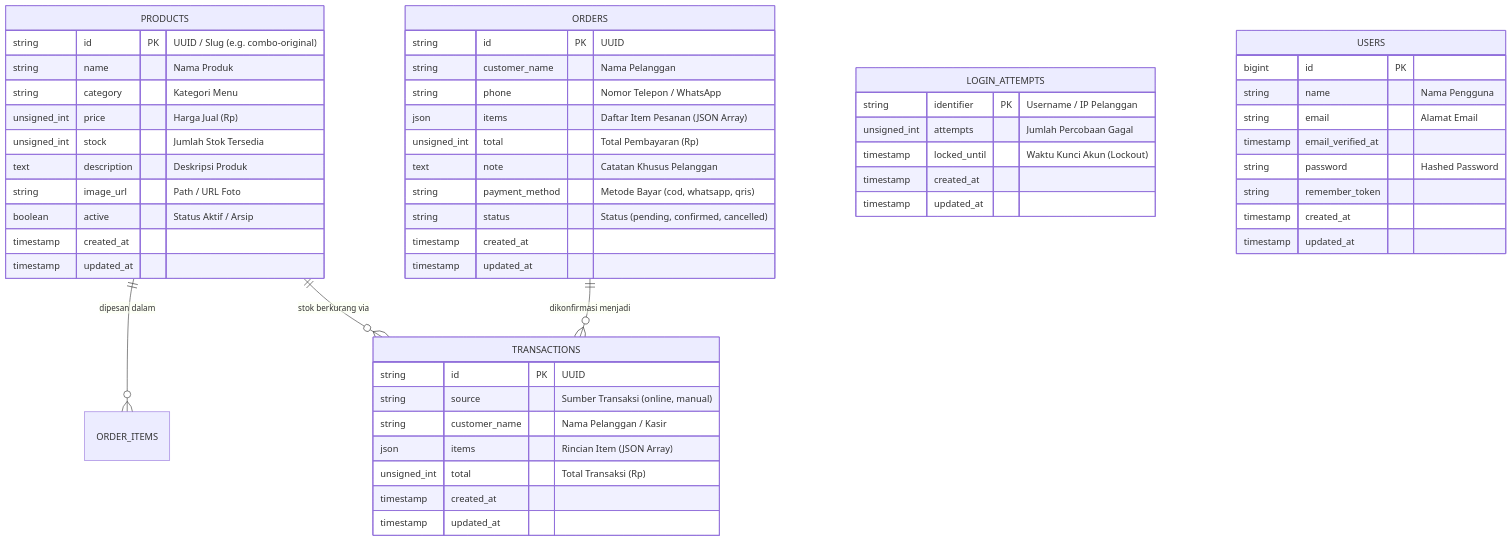
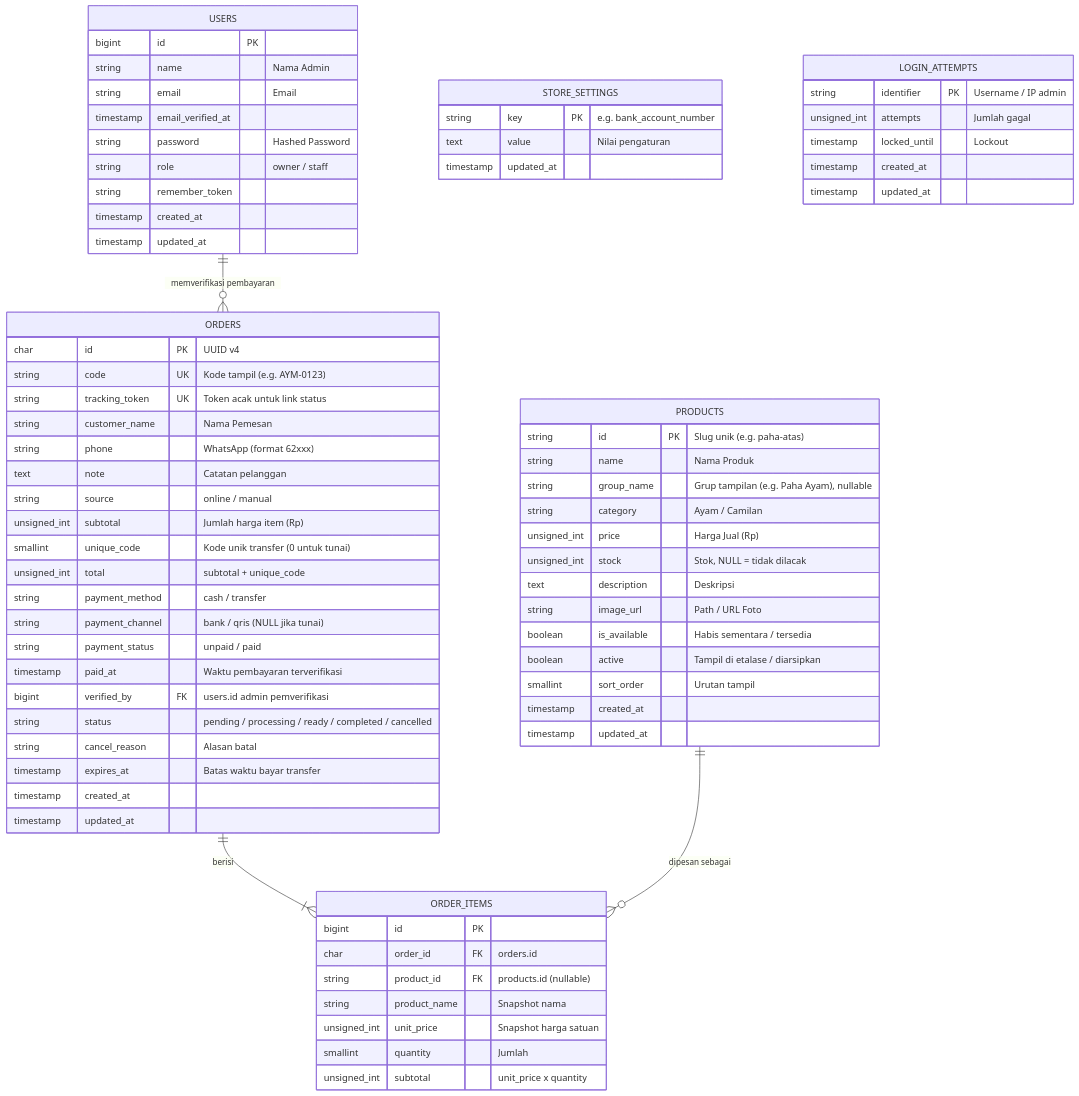
One commit to MPPL01022026/Kelompok-17 changed the first of 2 diagrams in docs/requirements/database.md. Above: the diagram before and after it, drawn with Mermaid. The commit also changed other lines of this file, not shown here.

First line of the commit message:
Revise database schema for Ayamo v2

````diff
--- a/docs/requirements/database.md
+++ b/docs/requirements/database.md
@@ -9,61 +9,81 @@
 ```mermaid
 erDiagram
-    PRODUCTS ||--o{ ORDER_ITEMS : "dipesan dalam"
-    ORDERS ||--o{ TRANSACTIONS : "dikonfirmasi menjadi"
-    PRODUCTS ||--o{ TRANSACTIONS : "stok berkurang via"
+    USERS ||--o{ ORDERS : "memverifikasi pembayaran"
+    ORDERS ||--|{ ORDER_ITEMS : "berisi"
+    PRODUCTS ||--o{ ORDER_ITEMS : "dipesan sebagai"
 
     PRODUCTS {
-        string id PK "UUID / Slug (e.g. combo-original)"
+        string id PK "Slug unik (e.g. paha-atas)"
         string name "Nama Produk"
-        string category "Kategori Menu"
+        string group_name "Grup tampilan (e.g. Paha Ayam), nullable"
+        string category "Ayam / Camilan"
         unsigned_int price "Harga Jual (Rp)"
-        unsigned_int stock "Jumlah Stok Tersedia"
-        text description "Deskripsi Produk"
+        unsigned_int stock "Stok, NULL = tidak dilacak"
+        text description "Deskripsi"
         string image_url "Path / URL Foto"
-        boolean active "Status Aktif / Arsip"
+        boolean is_available "Habis sementara / tersedia"
+        boolean active "Tampil di etalase / diarsipkan"
+        smallint sort_order "Urutan tampil"
         timestamp created_at
         timestamp updated_at
     }
 
     ORDERS {
-        string id PK "UUID"
-        string customer_name "Nama Pelanggan"
-        string phone "Nomor Telepon / WhatsApp"
-        json items "Daftar Item Pesanan (JSON Array)"
-        unsigned_int total "Total Pembayaran (Rp)"
-        text note "Catatan Khusus Pelanggan"
-        string payment_method "Metode Bayar (cod, whatsapp, qris)"
-        string status "Status (pending, confirmed, cancelled)"
+        char id PK "UUID v4"
+        string code UK "Kode tampil (e.g. AYM-0123)"
+        string tracking_token UK "Token acak untuk link status"
+        string customer_name "Nama Pemesan"
+        string phone "WhatsApp (format 62xxx)"
+        text note "Catatan pelanggan"
+        string source "online / manual"
+        unsigned_int subtotal "Jumlah harga item (Rp)"
+        smallint unique_code "Kode unik transfer (0 untuk tunai)"
+        unsigned_int total "subtotal + unique_code"
+        string payment_method "cash / transfer"
+        string payment_channel "bank / qris (NULL jika tunai)"
+        string payment_status "unpaid / paid"
+        timestamp paid_at "Waktu pembayaran terverifikasi"
+        bigint verified_by FK "users.id admin pemverifikasi"
+        string status "pending / processing / ready / completed / cancelled"
+        string cancel_reason "Alasan batal"
+        timestamp expires_at "Batas waktu bayar transfer"
         timestamp created_at
         timestamp updated_at
     }
 
-    TRANSACTIONS {
-        string id PK "UUID"
-        string source "Sumber Transaksi (online, manual)"
-        string customer_name "Nama Pelanggan / Kasir"
-        json items "Rincian Item (JSON Array)"
-        unsigned_int total "Total Transaksi (Rp)"
-        timestamp created_at
+    ORDER_ITEMS {
+        bigint id PK
+        char order_id FK "orders.id"
+        string product_id FK "products.id (nullable)"
+        string product_name "Snapshot nama"
+        unsigned_int unit_price "Snapshot harga satuan"
+        smallint quantity "Jumlah"
+        unsigned_int subtotal "unit_price x quantity"
+    }
+
+    STORE_SETTINGS {
+        string key PK "e.g. bank_account_number"
+        text value "Nilai pengaturan"
         timestamp updated_at
     }
 
     LOGIN_ATTEMPTS {
-        string identifier PK "Username / IP Pelanggan"
-        unsigned_int attempts "Jumlah Percobaan Gagal"
-        timestamp locked_until "Waktu Kunci Akun (Lockout)"
+        string identifier PK "Username / IP admin"
+        unsigned_int attempts "Jumlah gagal"
+        timestamp locked_until "Lockout"
         timestamp created_at
         timestamp updated_at
     }
 
     USERS {
         bigint id PK
-        string name "Nama Pengguna"
-        string email "Alamat Email"
+        string name "Nama Admin"
+        string email "Email"
         timestamp email_verified_at
         string password "Hashed Password"
+        string role "owner / staff"
         string remember_token
         timestamp created_at
         timestamp updated_at
     }
 ```
````
